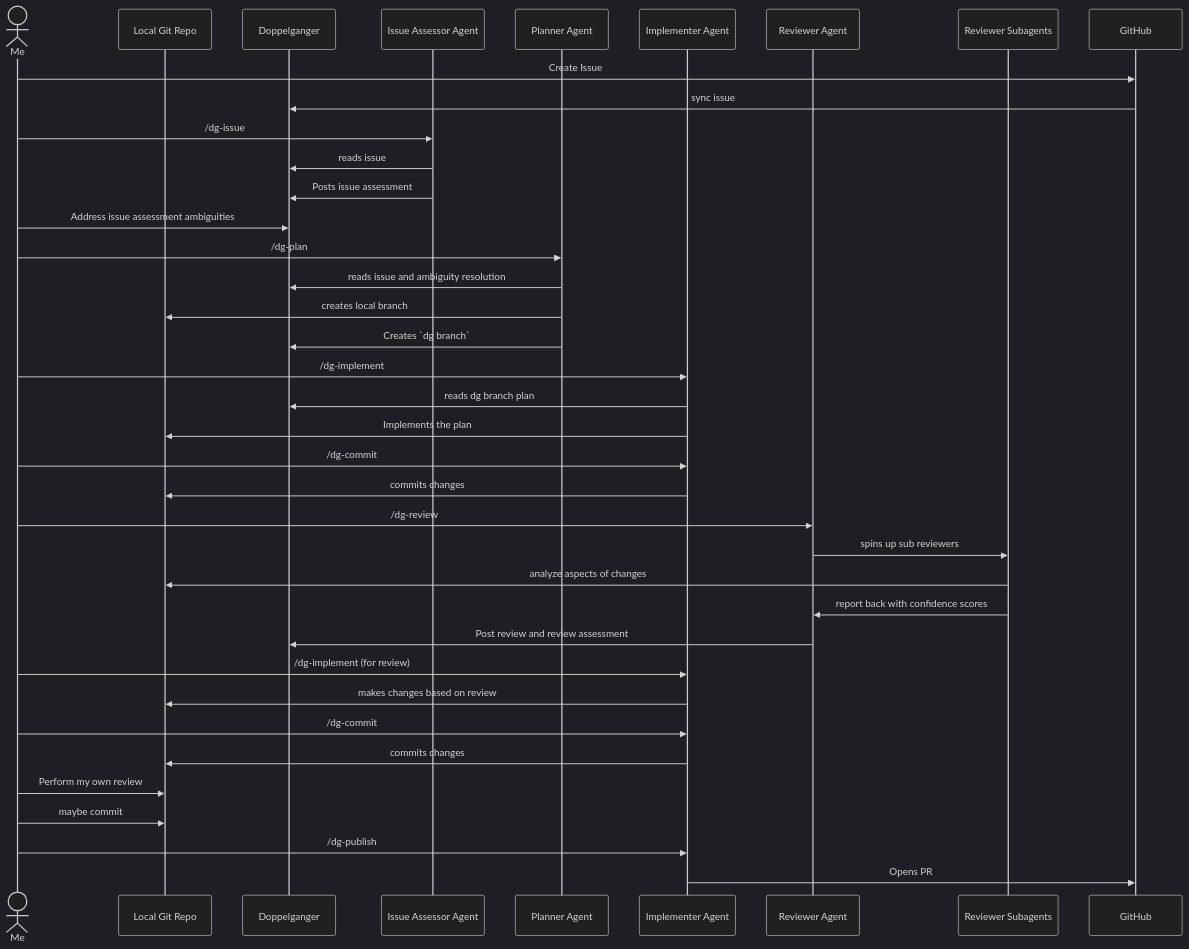
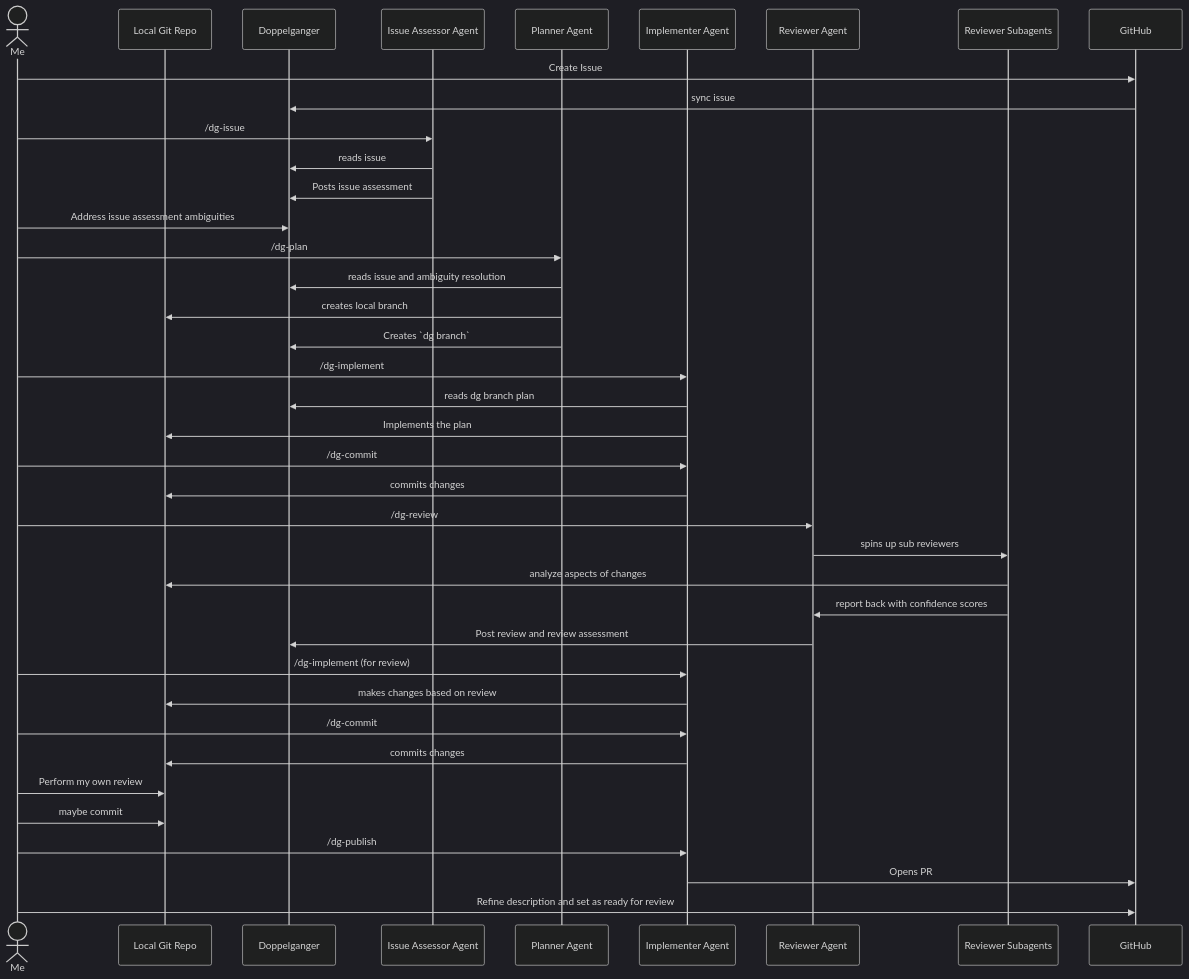
Before and after one commit to Fizzizist/doppelganger: the second of 2 diagrams in README.md, drawn with Mermaid (dark theme).

Commit message:
another readme edit

````diff
--- a/README.md
+++ b/README.md
@@ -56,41 +56,42 @@
 ```mermaid
 sequenceDiagram
     actor Me
     participant Local Git Repo
     participant Doppelganger
     participant Issue Assessor Agent
     participant Planner Agent
     participant Implementer Agent
     participant Reviewer Agent
     participant Reviewer Subagents
     participant GitHub
     
     Me->>GitHub: Create Issue
     GitHub->>Doppelganger: sync issue 
     Me->>Issue Assessor Agent: /dg-issue
     Issue Assessor Agent->>Doppelganger: reads issue
     Issue Assessor Agent->>Doppelganger: Posts issue assessment
     Me->>Doppelganger: Address issue assessment ambiguities
     Me->>Planner Agent: /dg-plan
     Planner Agent->>Doppelganger: reads issue and ambiguity resolution
     Planner Agent->>Local Git Repo: creates local branch
     Planner Agent->>Doppelganger: Creates `dg branch`
     Me->>Implementer Agent: /dg-implement
     Implementer Agent->>Doppelganger: reads dg branch plan
     Implementer Agent->>Local Git Repo: Implements the plan
     Me->>Implementer Agent: /dg-commit
     Implementer Agent->>Local Git Repo: commits changes
     Me->>Reviewer Agent: /dg-review
     Reviewer Agent->>Reviewer Subagents: spins up sub reviewers
     Reviewer Subagents->>Local Git Repo: analyze aspects of changes
     Reviewer Subagents->>Reviewer Agent: report back with confidence scores
     Reviewer Agent->>Doppelganger: Post review and review assessment
     Me->>Implementer Agent: /dg-implement (for review)
     Implementer Agent->>Local Git Repo: makes changes based on review
     Me->>Implementer Agent: /dg-commit
     Implementer Agent->>Local Git Repo: commits changes
     Me->>Local Git Repo: Perform my own review
     Me->>Local Git Repo: maybe commit
     Me->>Implementer Agent: /dg-publish
     Implementer Agent->>GitHub: Opens PR
+    Me->>GitHub: Refine description and set as ready for review
 ```
````
